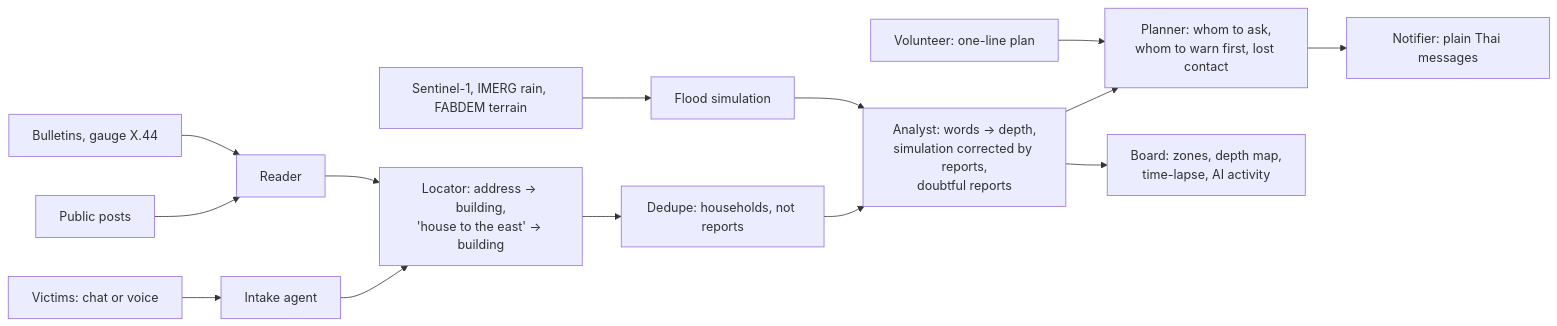
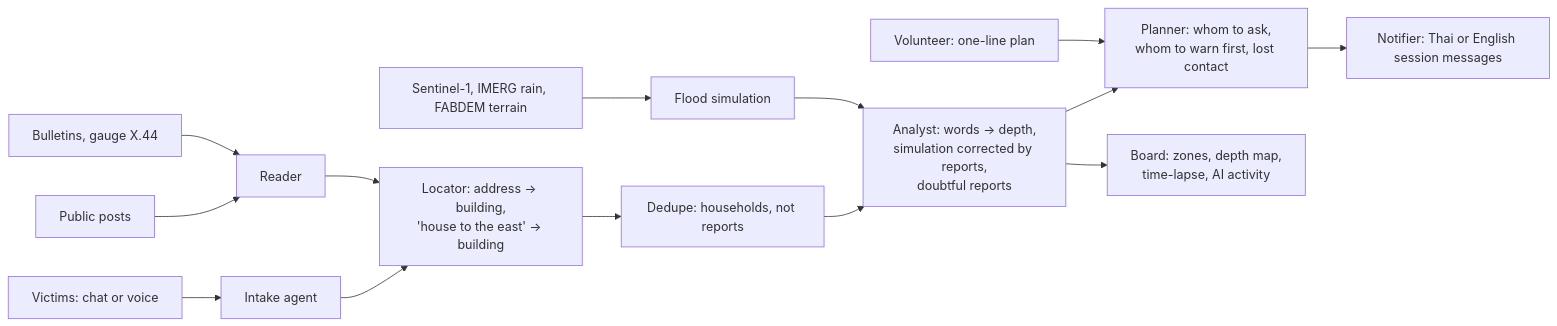
The diagram in README.md (Supphaset/ReachPoint), drawn with Mermaid before and after one commit. The commit also changed other lines of this file and 30 other files, not shown here.

````diff
--- a/README.md
+++ b/README.md
@@ -74,16 +77,16 @@
 ```mermaid
 flowchart LR
   V["Victims: chat or voice"] --> I["Intake agent"]
   P["Public posts"] --> RD["Reader"]
   B["Bulletins, gauge X.44"] --> RD
   S["Sentinel-1, IMERG rain, FABDEM terrain"] --> SIM["Flood simulation"]
   I --> L["Locator: address → building,<br/>'house to the east' → building"]
   RD --> L
   L --> D["Dedupe: households, not reports"]
   D --> A["Analyst: words → depth,<br/>simulation corrected by reports,<br/>doubtful reports"]
   SIM --> A
   A --> PL["Planner: whom to ask,<br/>whom to warn first, lost contact"]
-  PL --> N["Notifier: plain Thai messages"]
+  PL --> N["Notifier: Thai or English session messages"]
   VP["Volunteer: one-line plan"] --> PL
   A --> BD["Board: zones, depth map,<br/>time-lapse, AI activity"]
 ```
````
